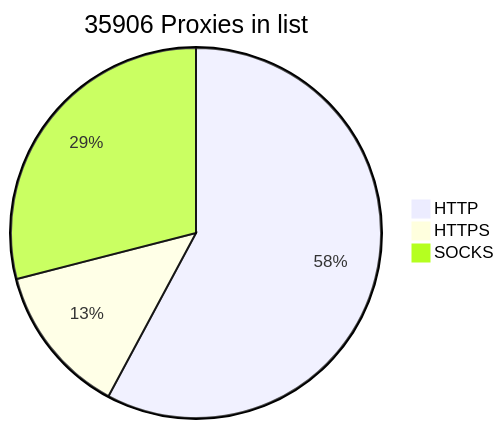
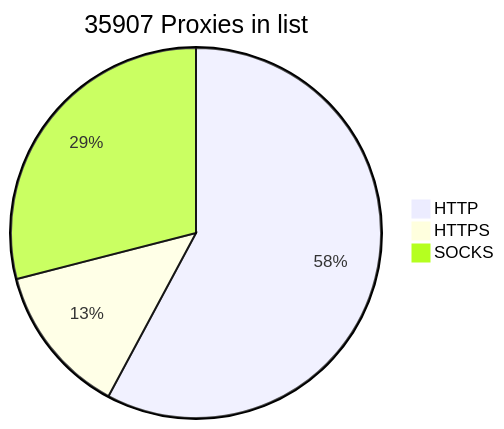
The diagram in README.md (BlackSnowDot/proxylist-update-every-minute), drawn with Mermaid before and after one commit.

````diff
--- a/README.md
+++ b/README.md
@@ -2,6 +2,6 @@
 ```mermaid
-pie title 35906 Proxies in list
+pie title 35907 Proxies in list
     "HTTP" : 23060
     "HTTPS": 5248
-    "SOCKS" : 11564
+    "SOCKS" : 11565
 ```
````
